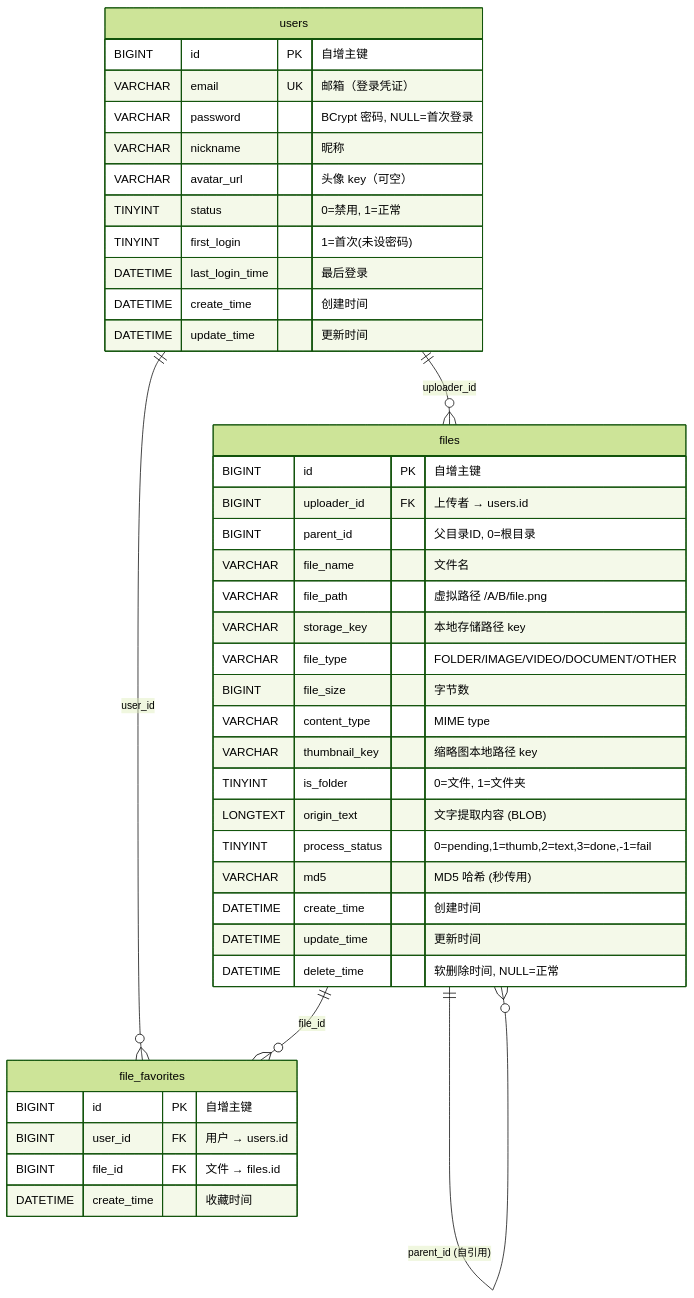
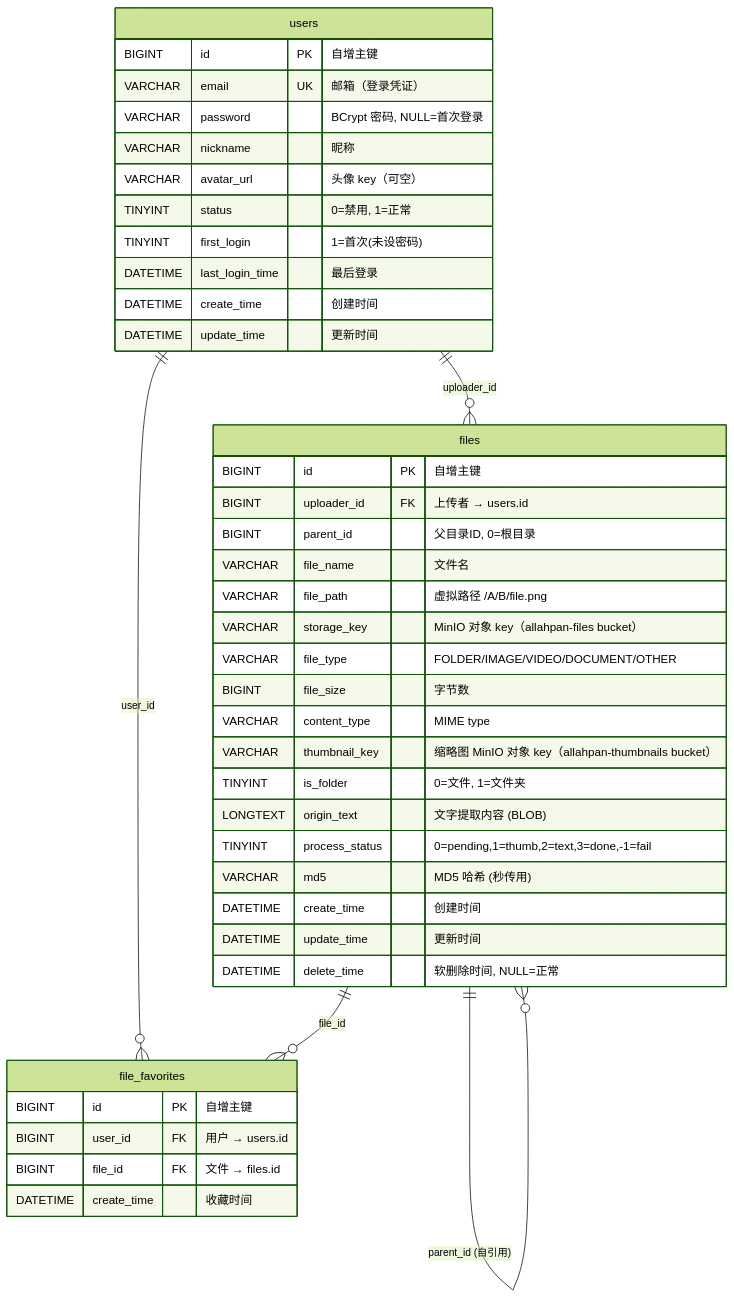
Before and after one commit to AfterMaxQ/AllahPan: the first of 3 diagrams in docs/architecture/07-data-model.md, drawn with Mermaid (forest theme). The commit also changed 24 other files, not shown here.

First line of the commit message:
@ chore: update docs and config for MinIO storage migration

````diff
--- a/docs/architecture/07-data-model.md
+++ b/docs/architecture/07-data-model.md
@@ -5,47 +5,47 @@
 ```mermaid
 erDiagram
     users {
         BIGINT id PK "自增主键"
         VARCHAR email UK "邮箱（登录凭证）"
         VARCHAR password "BCrypt 密码, NULL=首次登录"
         VARCHAR nickname "昵称"
         VARCHAR avatar_url "头像 key（可空）"
         TINYINT status "0=禁用, 1=正常"
         TINYINT first_login "1=首次(未设密码)"
         DATETIME last_login_time "最后登录"
         DATETIME create_time "创建时间"
         DATETIME update_time "更新时间"
     }
 
     files {
         BIGINT id PK "自增主键"
         BIGINT uploader_id FK "上传者 → users.id"
         BIGINT parent_id "父目录ID, 0=根目录"
         VARCHAR file_name "文件名"
         VARCHAR file_path "虚拟路径 /A/B/file.png"
-        VARCHAR storage_key "本地存储路径 key"
+        VARCHAR storage_key "MinIO 对象 key（allahpan-files bucket）"
         VARCHAR file_type "FOLDER/IMAGE/VIDEO/DOCUMENT/OTHER"
         BIGINT file_size "字节数"
         VARCHAR content_type "MIME type"
-        VARCHAR thumbnail_key "缩略图本地路径 key"
+        VARCHAR thumbnail_key "缩略图 MinIO 对象 key（allahpan-thumbnails bucket）"
         TINYINT is_folder "0=文件, 1=文件夹"
         LONGTEXT origin_text "文字提取内容 (BLOB)"
         TINYINT process_status "0=pending,1=thumb,2=text,3=done,-1=fail"
         VARCHAR md5 "MD5 哈希 (秒传用)"
         DATETIME create_time "创建时间"
         DATETIME update_time "更新时间"
         DATETIME delete_time "软删除时间, NULL=正常"
     }
 
     file_favorites {
         BIGINT id PK "自增主键"
         BIGINT user_id FK "用户 → users.id"
         BIGINT file_id FK "文件 → files.id"
         DATETIME create_time "收藏时间"
     }
 
     users ||--o{ files : "uploader_id"
     users ||--o{ file_favorites : "user_id"
     files ||--o{ file_favorites : "file_id"
     files ||--o{ files : "parent_id (自引用)"
 ```
````
